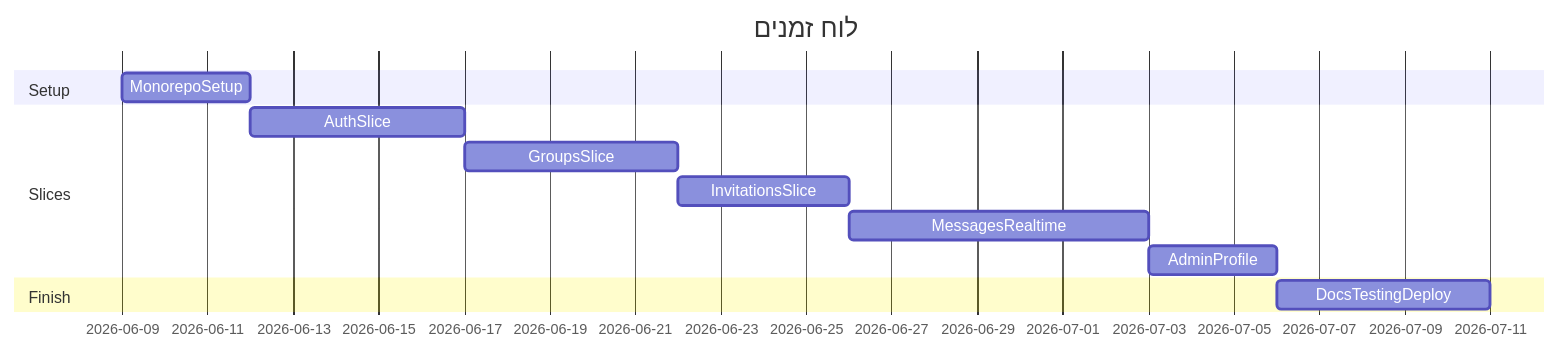
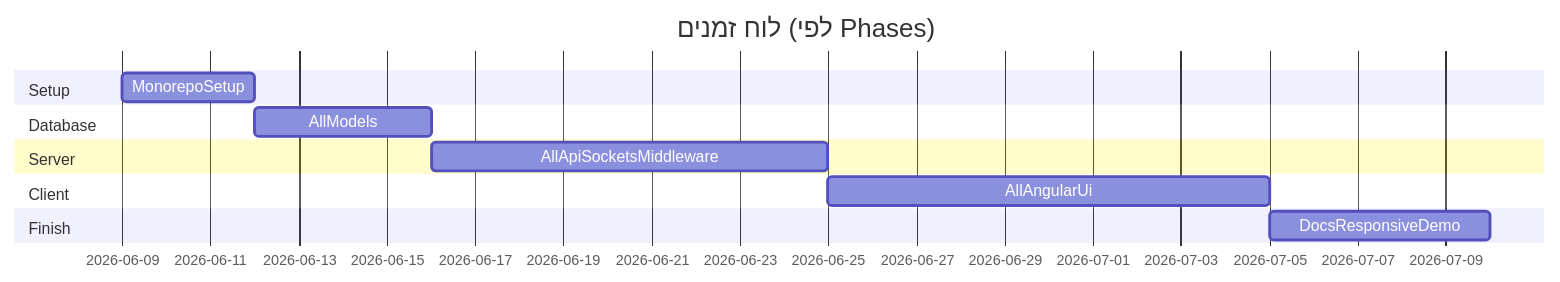
Before and after one commit to ShoshiS/group-chat-app: the second of 2 diagrams in docs/work-plan.md, drawn with Mermaid. The commit also changed other lines of this file and 3 other files, not shown here.

````diff
--- a/docs/work-plan.md
+++ b/docs/work-plan.md
@@ -355,15 +336,15 @@
 ```mermaid
 gantt
-    title לוח זמנים
+    title לוח זמנים (לפי Phases)
     dateFormat YYYY-MM-DD
     section Setup
-    MonorepoSetup           :s0, 2026-06-09, 3d
-    section Slices
-    AuthSlice               :s1, after s0, 5d
-    GroupsSlice             :s2, after s1, 5d
-    InvitationsSlice        :s3, after s2, 4d
-    MessagesRealtime        :s4, after s3, 7d
-    AdminProfile            :s5, after s4, 3d
+    MonorepoSetup           :p0, 2026-06-09, 3d
+    section Database
+    AllModels               :p1, after p0, 4d
+    section Server
+    AllApiSocketsMiddleware  :p2, after p1, 9d
+    section Client
+    AllAngularUi            :p3, after p2, 10d
     section Finish
-    DocsTestingDeploy       :s6, after s5, 5d
+    DocsResponsiveDemo      :p4, after p3, 5d
 ```
````
